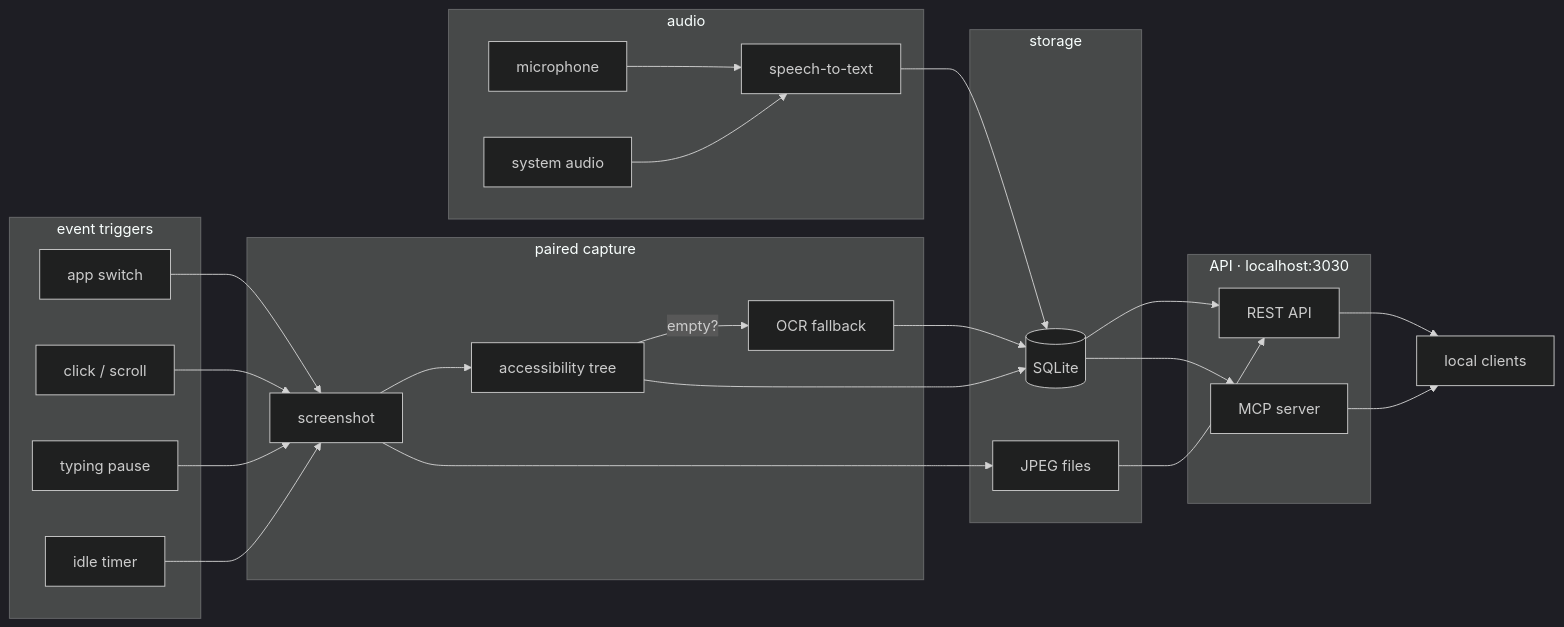
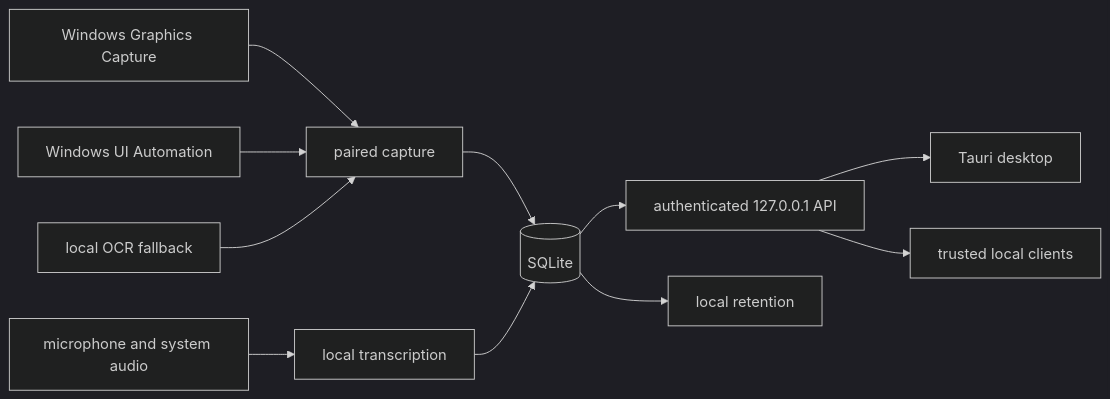
Before and after one commit to digiwise/ScreenWise: the diagram in docs/mintlify/docs-mintlify-mig-tmp/architecture.mdx, drawn with Mermaid (dark theme). The commit also changed other lines of this file and 136 other files, not shown here.

````diff
--- a/docs/mintlify/docs-mintlify-mig-tmp/architecture.mdx
+++ b/docs/mintlify/docs-mintlify-mig-tmp/architecture.mdx
@@ -12,47 +11,13 @@
 ```mermaid
-graph LR
-    subgraph trigger["event triggers"]
-        E1[app switch]
-        E2[click / scroll]
-        E3[typing pause]
-        E4[idle timer]
-    end
-
-    subgraph capture["paired capture"]
-        SS[screenshot]
-        A11Y[accessibility tree]
-        OCR[OCR fallback]
-    end
-
-    subgraph audio["audio"]
-        MIC[microphone]
-        SYS[system audio]
-        STT[speech-to-text]
-    end
-
-    subgraph store["storage"]
-        DB[(SQLite)]
-        FS[JPEG files]
-    end
-
-    subgraph serve["API · localhost:3030"]
-        REST[REST API]
-        MCP[MCP server]
-    end
-
-    E1 & E2 & E3 & E4 --> SS
-    SS --> A11Y
-    A11Y -->|empty?| OCR
-    A11Y --> DB
-    OCR --> DB
-    SS --> FS
-
-    MIC & SYS --> STT --> DB
-
-    DB --> REST
-    DB --> MCP
-    FS --> REST
-
-    REST --> CLIENT[local clients]
-    MCP --> CLIENT
+flowchart LR
+    WGC[Windows Graphics Capture] --> CAP[paired capture]
+    UIA[Windows UI Automation] --> CAP
+    OCR[local OCR fallback] --> CAP
+    MIC[microphone and system audio] --> STT[local transcription]
+    CAP --> DB[(SQLite)]
+    STT --> DB
+    DB --> API[authenticated 127.0.0.1 API]
+    API --> APP[Tauri desktop]
+    API --> CLIENT[trusted local clients]
+    DB --> RET[local retention]
 ```
````
